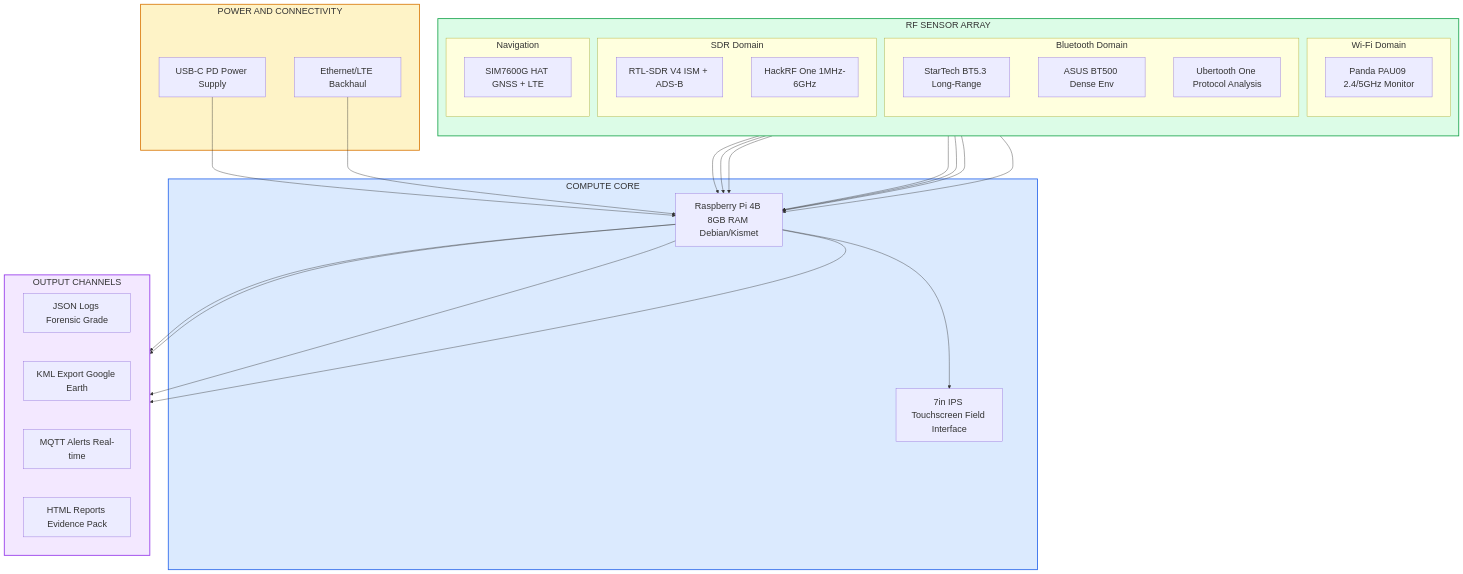
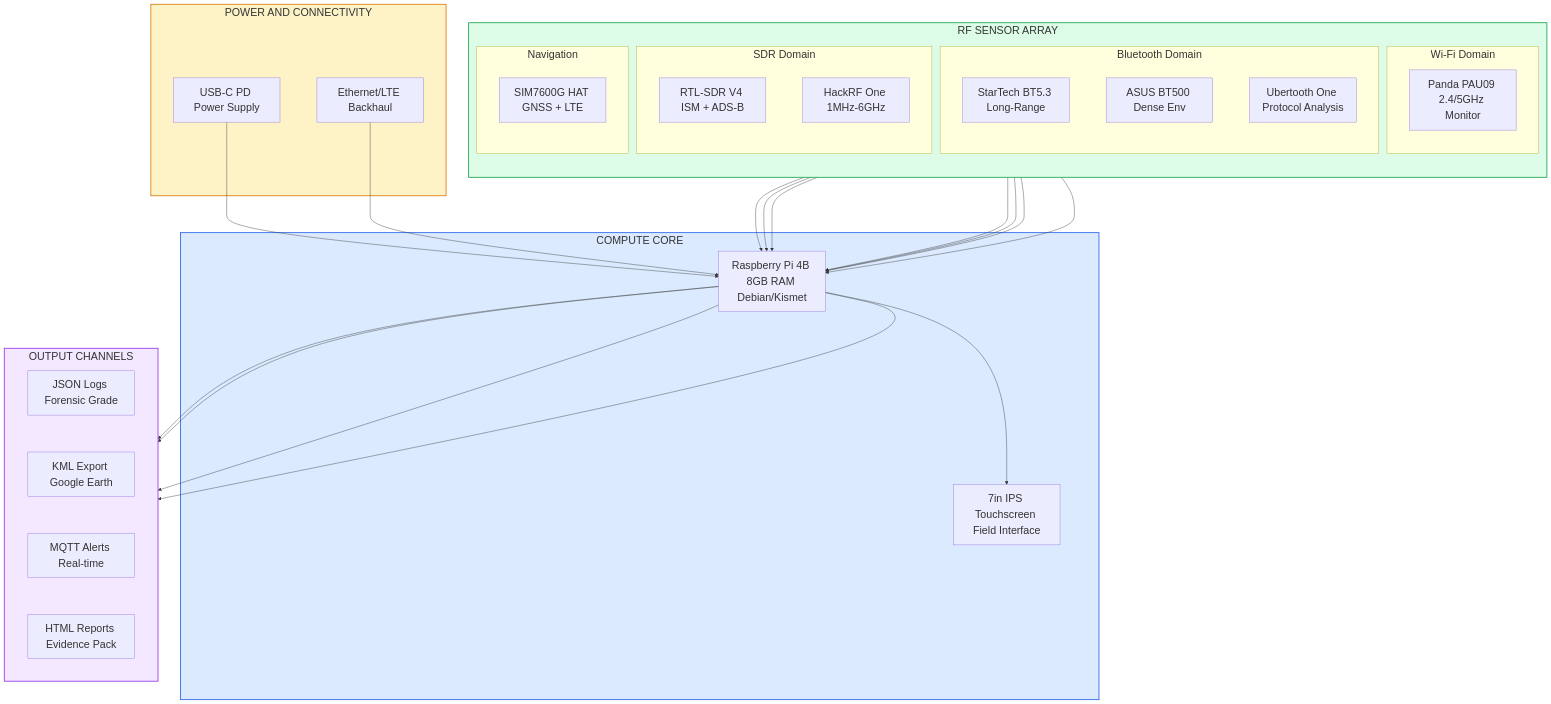
The first of 3 diagrams in docs/cybersecurity/tracelock.md (Pharns/portfolio), drawn with Mermaid before and after one commit. The commit also changed other lines of this file, not shown here.

Commit message:
Increase TraceLock diagram font sizes

````diff
--- a/docs/cybersecurity/tracelock.md
+++ b/docs/cybersecurity/tracelock.md
@@ -92,60 +92,60 @@
 ```mermaid
-%%{init: {"flowchart": {"nodeSpacing": 70, "rankSpacing": 70}, "themeVariables": {"fontSize": "22px"}}}%%
+%%{init: {"flowchart": {"nodeSpacing": 90, "rankSpacing": 90}, "themeVariables": {"fontSize": "26px"}}}%%
 flowchart TB
     subgraph POWER["POWER AND CONNECTIVITY"]
         PWR["USB-C PD Power Supply"]
         ETH["Ethernet/LTE Backhaul"]
     end
 
     subgraph COMPUTE["COMPUTE CORE"]
         PI["Raspberry Pi 4B 8GB RAM Debian/Kismet"]
         DSP["7in IPS Touchscreen Field Interface"]
     end
 
     subgraph RF_SENSORS["RF SENSOR ARRAY"]
         direction TB
         subgraph WIFI["Wi-Fi Domain"]
             PANDA["Panda PAU09 2.4/5GHz Monitor"]
         end
         subgraph BLE["Bluetooth Domain"]
             BT1["StarTech BT5.3 Long-Range"]
             BT2["ASUS BT500 Dense Env"]
             UBT["Ubertooth One Protocol Analysis"]
         end
         subgraph SDR["SDR Domain"]
             RTL["RTL-SDR V4 ISM + ADS-B"]
             HRF["HackRF One 1MHz-6GHz"]
         end
         subgraph NAV["Navigation"]
             GPS["SIM7600G HAT GNSS + LTE"]
         end
     end
 
     subgraph OUTPUT["OUTPUT CHANNELS"]
         direction LR
         LOG["JSON Logs Forensic Grade"]
         KML["KML Export Google Earth"]
         MQTT["MQTT Alerts Real-time"]
         RPT["HTML Reports Evidence Pack"]
     end
 
     PWR --> PI
     ETH --> PI
     PI --> DSP
     PANDA --> PI
     BT1 --> PI
     BT2 --> PI
     UBT --> PI
     RTL --> PI
     HRF --> PI
     GPS --> PI
     PI --> LOG
     PI --> KML
     PI --> MQTT
     PI --> RPT
 
     style POWER fill:#fef3c7,stroke:#d97706,stroke-width:2px
     style COMPUTE fill:#dbeafe,stroke:#2563eb,stroke-width:2px
     style RF_SENSORS fill:#dcfce7,stroke:#16a34a,stroke-width:2px
     style OUTPUT fill:#f3e8ff,stroke:#9333ea,stroke-width:2px
 ```
````
